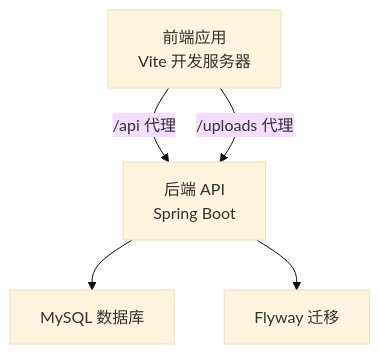
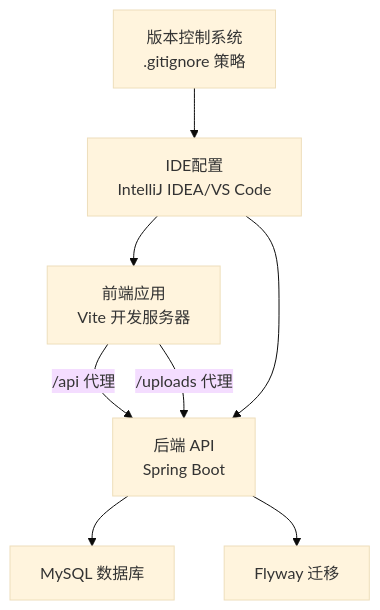
One commit to koala-xiong/communication-qoder changed the second of 8 diagrams in .qoder/repowiki/zh/content/开发指南/开发指南.md. Above: the diagram before and after it, drawn with Mermaid (base theme). The commit also changed other lines of this file and 78 other files, not shown here.

````diff
--- a/.qoder/repowiki/zh/content/开发指南/开发指南.md
+++ b/.qoder/repowiki/zh/content/开发指南/开发指南.md
@@ -116,11 +133,16 @@
 ```mermaid
 graph TB
 FE["前端应用<br/>Vite 开发服务器"]
 API["后端 API<br/>Spring Boot"]
 DB["MySQL 数据库"]
 FW["Flyway 迁移"]
+GIT["版本控制系统<br/>.gitignore 策略"]
+IDE["IDE配置<br/>IntelliJ IDEA/VS Code"]
 FE --> |"/api 代理"| API
 FE --> |"/uploads 代理"| API
 API --> DB
 API --> FW
+GIT --> IDE
+IDE --> FE
+IDE --> API
 ```
````
